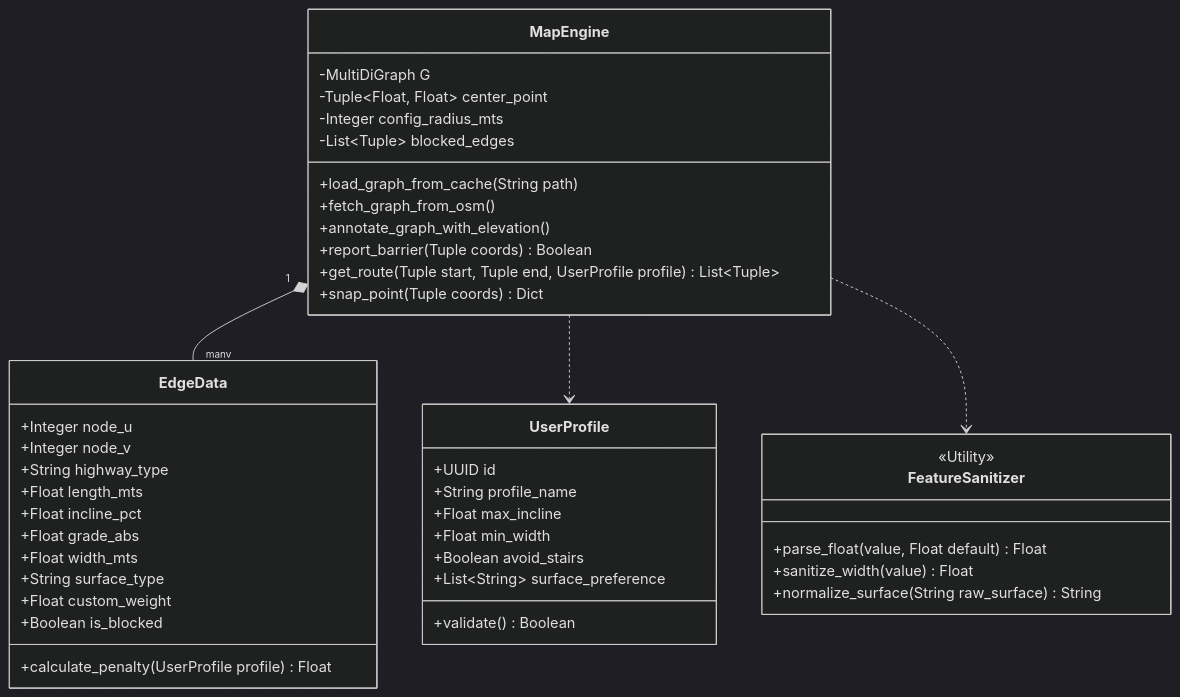
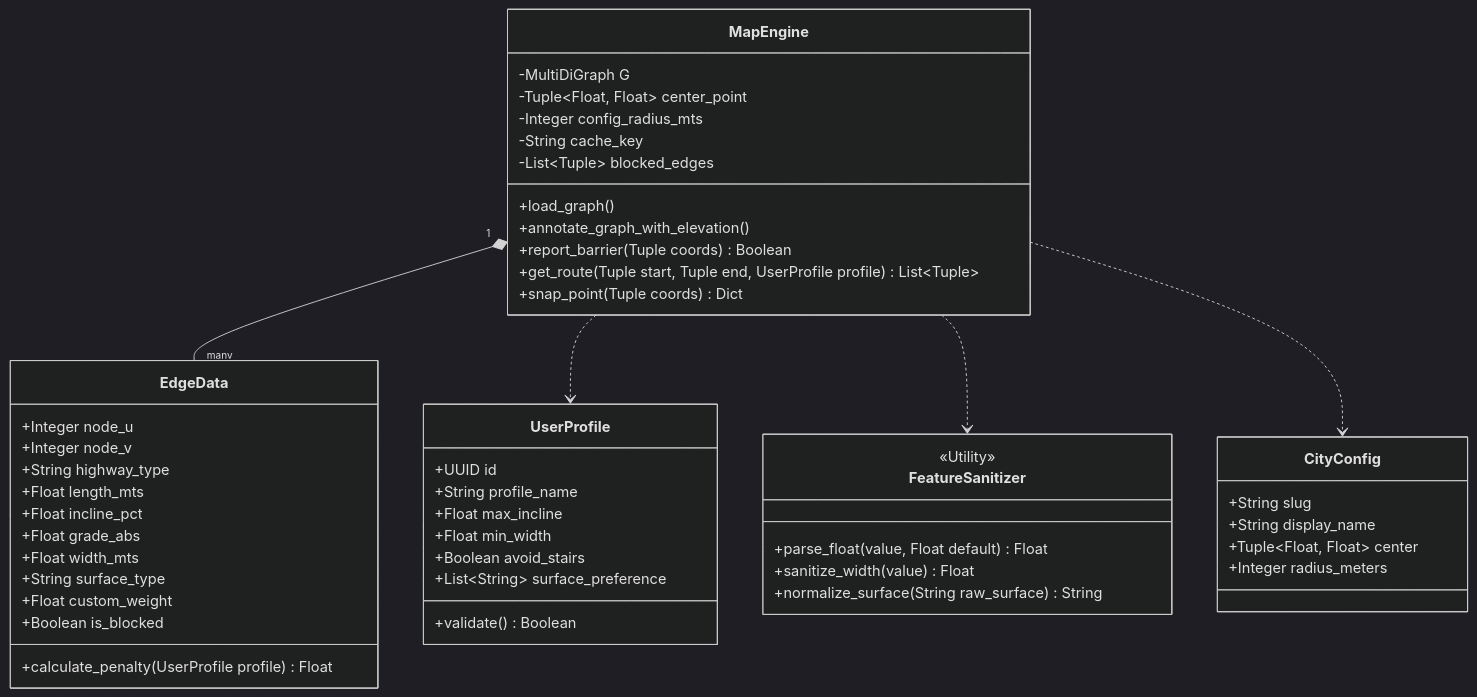
Before and after one commit to antoniosfnascimento/IPC: the second of 3 diagrams in docs/documentacaoPlataforma/Especificacao_Desenvolvimento_App.md, drawn with Mermaid (dark theme). The commit also changed other lines of this file and 13 other files, not shown here.

````diff
--- a/docs/documentacaoPlataforma/Especificacao_Desenvolvimento_App.md
+++ b/docs/documentacaoPlataforma/Especificacao_Desenvolvimento_App.md
@@ -40,50 +49,58 @@
 ```mermaid
 classDiagram
     class UserProfile {
         +UUID id
         +String profile_name
         +Float max_incline
         +Float min_width
         +Boolean avoid_stairs
         +List~String~ surface_preference
         +validate() Boolean
     }
 
+    class CityConfig {
+        +String slug
+        +String display_name
+        +Tuple~Float, Float~ center
+        +Integer radius_meters
+    }
+
     class MapEngine {
         -MultiDiGraph G
         -Tuple~Float, Float~ center_point
         -Integer config_radius_mts
+        -String cache_key
         -List~Tuple~ blocked_edges
-        +load_graph_from_cache(String path)
-        +fetch_graph_from_osm()
+        +load_graph()
         +annotate_graph_with_elevation()
         +report_barrier(Tuple coords) Boolean
         +get_route(Tuple start, Tuple end, UserProfile profile) List~Tuple~
         +snap_point(Tuple coords) Dict
     }
 
     class EdgeData {
         +Integer node_u
         +Integer node_v
         +String highway_type
         +Float length_mts
         +Float incline_pct
         +Float grade_abs
         +Float width_mts
         +String surface_type
         +Float custom_weight
         +Boolean is_blocked
         +calculate_penalty(UserProfile profile) Float
     }
 
     class FeatureSanitizer {
         <<Utility>>
         +parse_float(value, Float default) Float
         +sanitize_width(value) Float
         +normalize_surface(String raw_surface) String
     }
 
     MapEngine "1" *-- "many" EdgeData
     MapEngine ..> UserProfile
     MapEngine ..> FeatureSanitizer
+    MapEngine ..> CityConfig
 ```
````
